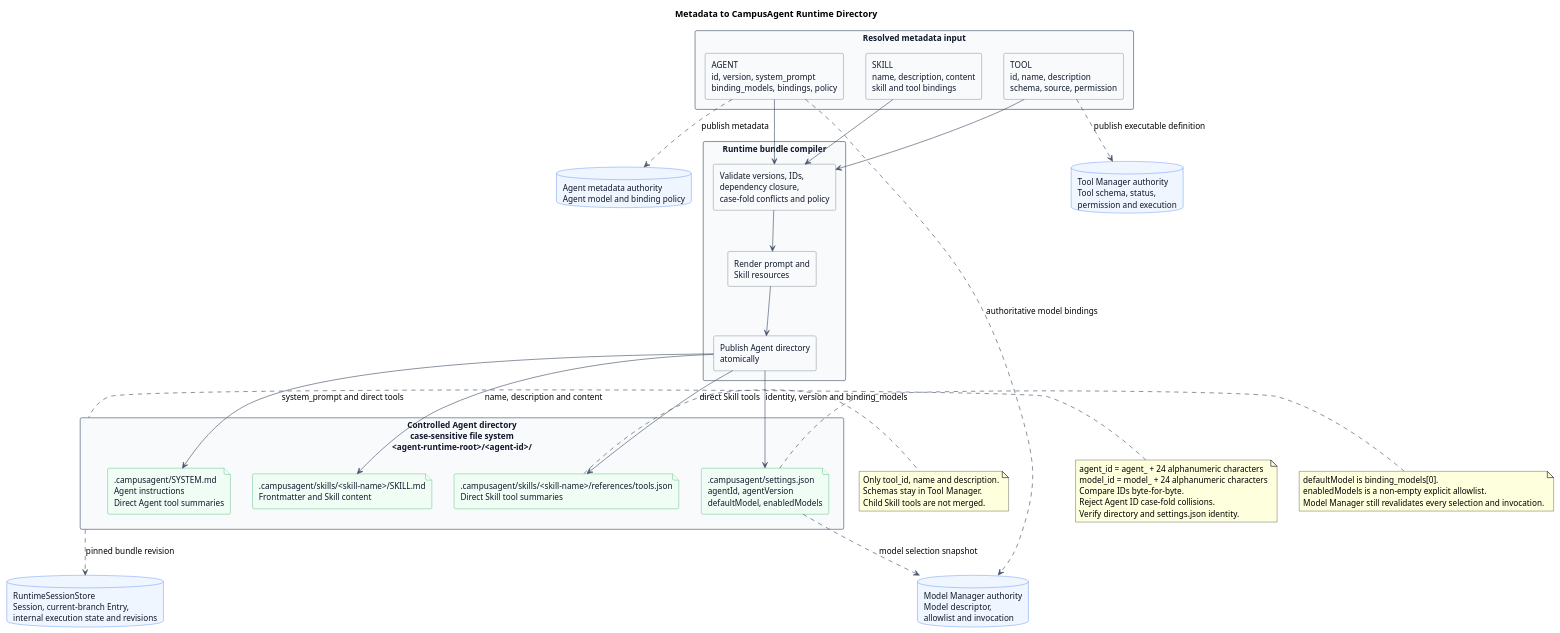
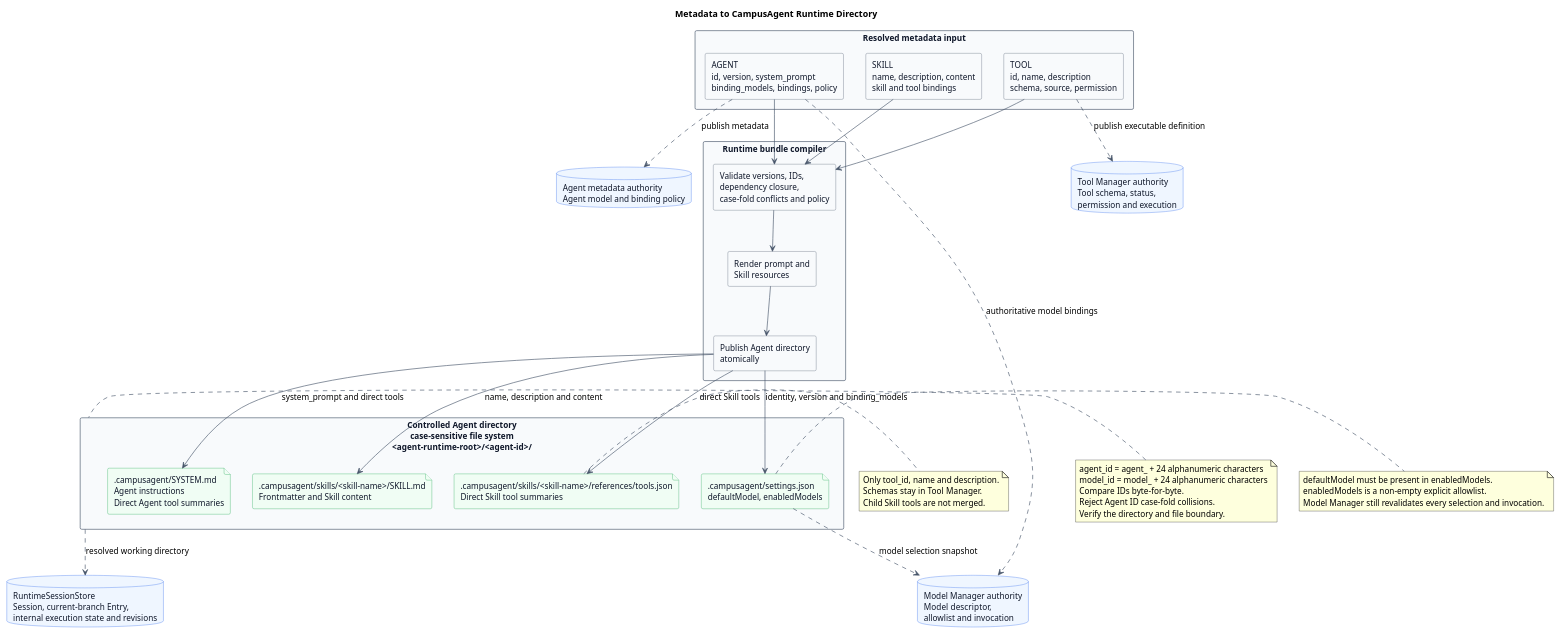
One commit to ssm0808/pi-mono-java-design changed the first of 14 diagrams in pi-mono-java-manager-driven-multi-agent-runtime/diagram.puml. Above: the diagram before and after it, drawn with PlantUML. The commit also changed other lines of this file and 24 other files, not shown here.

```diff
--- a/pi-mono-java-manager-driven-multi-agent-runtime/diagram.puml
+++ b/pi-mono-java-manager-driven-multi-agent-runtime/diagram.puml
@@ -1,97 +1,95 @@
 @startuml metadata_runtime_directory_mapping
 title Metadata to CampusAgent Runtime Directory
 
-' Source evidence:
-' pi-mono packages/coding-agent/src/core/skills.ts: Skill, loadSkillFromFile, formatSkillsForPrompt
-' pi-mono-java modules/coding-agent-cli/src/main/java/com/campusclaw/codingagent/context/ContextFileLoader.java: loadSystemPrompt
-' pi-mono-java modules/coding-agent-cli/src/main/java/com/campusclaw/codingagent/session/AgentSession.java: loadSkills
+' Source evidence (pi-mono-java 8691e8800f05f28afe22499050c29220ef5b7475):
+' modules/coding-agent-cli/src/main/java/com/campusclaw/codingagent/runtimeapi/agent/FileAgentDirectoryResolver.java.
+' modules/coding-agent-cli/src/main/java/com/campusclaw/codingagent/runtimeapi/agent/RuntimeAgentPromptLoader.java.
 ' Observed behavior: pi and pi-mono-java discover Skill metadata from SKILL.md frontmatter.
-' Java divergence: the target compiler materializes only one controlled Agent directory.
-' Target design: the Managed loader reads .campusagent only; legacy code keeps .campusclaw.
-' Target design: RuntimeSessionStore persists Session state in a shared database.
+' Observed behavior: the Runtime reads one controlled .campusagent directory directly and does not cache it.
+' Observed behavior: RuntimeSessionStore persists Session state in a shared database.
 ' Target design: Agent and Model IDs use resource prefixes plus 24 alphanumeric characters.
 ' Design reason: raw case-sensitive Agent IDs require a case-sensitive root and collision guard.
-' Target design: compiled settings.json carries Agent identity, version, default model, and model allowlist.
+' Target-only design: a future metadata compiler may publish the controlled Agent directory.
 ' Design reason: keep Agent-specific disclosure local while Managers remain runtime authorities.
 
 skinparam backgroundColor #FFFFFF
 skinparam shadowing false
 skinparam defaultFontName Arial
 skinparam defaultFontSize 13
 skinparam rectangle {
   BackgroundColor #F8FAFC
   BorderColor #475569
   FontColor #0F172A
 }
 skinparam database {
   BackgroundColor #EFF6FF
   BorderColor #2563EB
   FontColor #0F172A
 }
 skinparam file {
   BackgroundColor #F0FDF4
   BorderColor #16A34A
   FontColor #0F172A
 }
 skinparam ArrowColor #475569
 
 rectangle "Resolved metadata input" as Input {
   rectangle "AGENT\nid, version, system_prompt\nbinding_models, bindings, policy" as AgentMetadata
   rectangle "SKILL\nname, description, content\nskill and tool bindings" as SkillMetadata
   rectangle "TOOL\nid, name, description\nschema, source, permission" as ToolMetadata
 }
 
 rectangle "Runtime bundle compiler" as Compiler {
   rectangle "Validate versions, IDs,\ndependency closure,\ncase-fold conflicts and policy" as Validate
   rectangle "Render prompt and\nSkill resources" as Render
   rectangle "Publish Agent directory\natomically" as Publish
 }
 
 rectangle "Controlled Agent directory\ncase-sensitive file system\n<agent-runtime-root>/<agent-id>/" as AgentDirectory {
-  file ".campusagent/settings.json\nagentId, agentVersion\ndefaultModel, enabledModels" as SettingsFile
+  file ".campusagent/settings.json\ndefaultModel, enabledModels" as SettingsFile
   file ".campusagent/SYSTEM.md\nAgent instructions\nDirect Agent tool summaries" as SystemFile
   file ".campusagent/skills/<skill-name>/SKILL.md\nFrontmatter and Skill content" as SkillFile
   file ".campusagent/skills/<skill-name>/references/tools.json\nDirect Skill tool summaries" as SkillToolsFile
 }
 
 database "Agent metadata authority\nAgent model and binding policy" as AgentAuthority
 database "Tool Manager authority\nTool schema, status,\npermission and execution" as ToolManager
 database "Model Manager authority\nModel descriptor,\nallowlist and invocation" as ModelManager
 database "RuntimeSessionStore\nSession, current-branch Entry,\ninternal execution state and revisions" as SessionStore
 
 AgentMetadata --> Validate
 SkillMetadata --> Validate
 ToolMetadata --> Validate
 Validate --> Render
 Render --> Publish
 Publish --> SettingsFile : identity, version and binding_models
 Publish --> SystemFile : system_prompt and direct tools
 Publish --> SkillFile : name, description and content
 Publish --> SkillToolsFile : direct Skill tools
 
 AgentMetadata ..> AgentAuthority : publish metadata
 ToolMetadata ..> ToolManager : publish executable definition
 SettingsFile ..> ModelManager : model selection snapshot
 AgentMetadata ..> ModelManager : authoritative model bindings
-AgentDirectory ..> SessionStore : pinned bundle revision
+AgentDirectory ..> SessionStore : resolved working directory
 
 note right of SkillToolsFile
 Only tool_id, name and description.
 Schemas stay in Tool Manager.
 Child Skill tools are not merged.
 end note
 
 note left of AgentDirectory
 agent_id = agent_ + 24 alphanumeric characters
 model_id = model_ + 24 alphanumeric characters
 Compare IDs byte-for-byte.
 Reject Agent ID case-fold collisions.
-Verify directory and settings.json identity.
+Verify the directory and file boundary.
 end note
 
 note right of SettingsFile
-defaultModel is binding_models[0].
+defaultModel must be present in enabledModels.
 enabledModels is a non-empty explicit allowlist.
 Model Manager still revalidates every selection and invocation.
 end note
 @enduml
```
